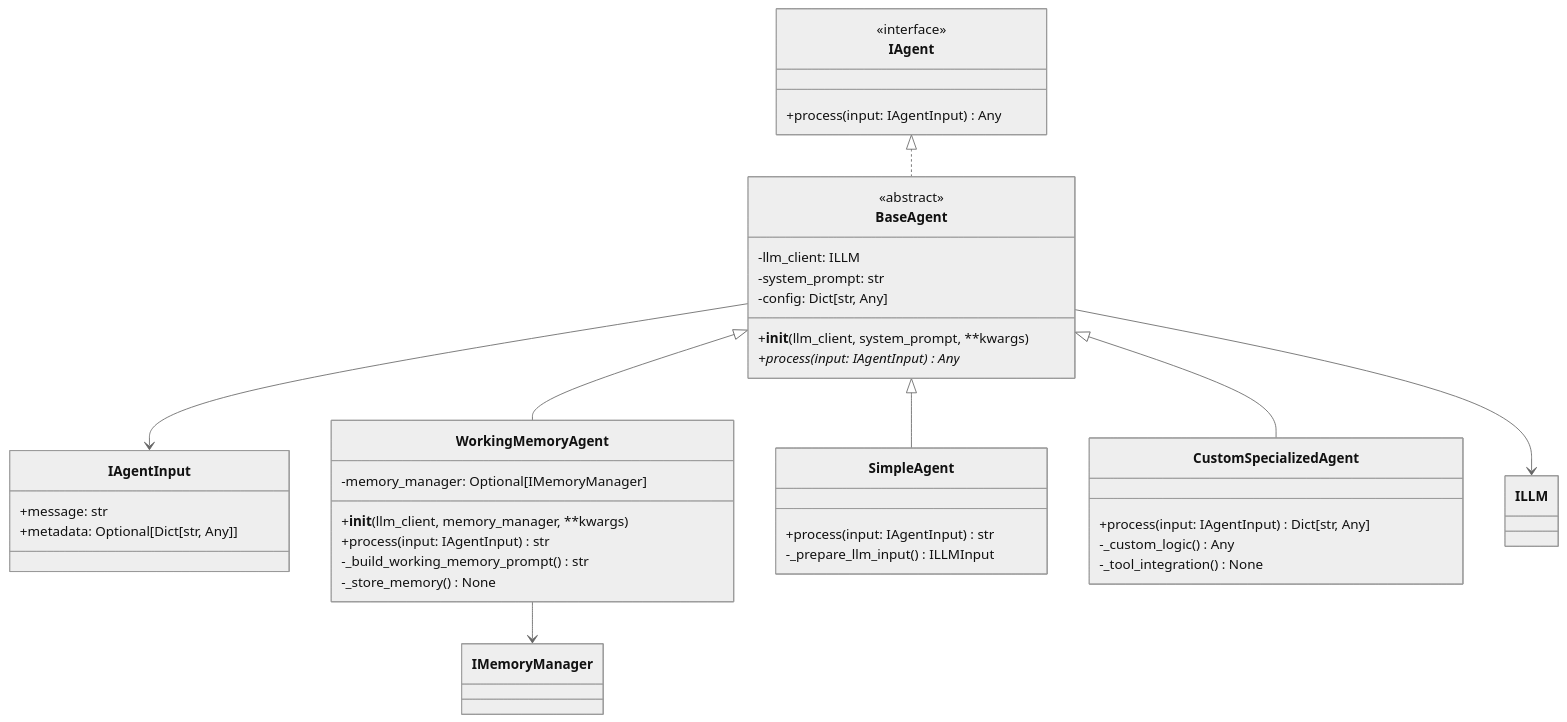
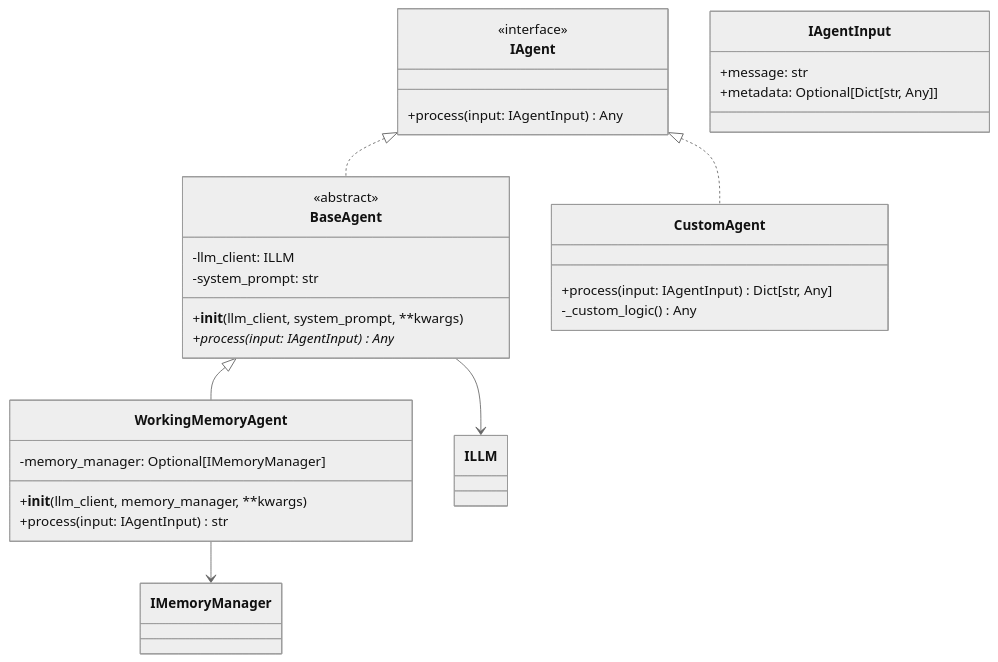
The second of 2 diagrams in docs/technical/architecture.md (nimunzn/arshai), drawn with Mermaid (neutral theme) before and after one commit. The commit also changed other lines of this file and 3 other files, not shown here.

````diff
--- a/docs/technical/architecture.md
+++ b/docs/technical/architecture.md
@@ -134,49 +143,38 @@
 ```mermaid
 classDiagram
     class IAgent {
         <<interface>>
         +process(input: IAgentInput) Any
     }
     
     class IAgentInput {
         +message: str
         +metadata: Optional[Dict[str, Any]]
     }
     
     class BaseAgent {
         <<abstract>>
         -llm_client: ILLM
         -system_prompt: str
-        -config: Dict[str, Any]
         +__init__(llm_client, system_prompt, **kwargs)
         +process(input: IAgentInput) Any*
     }
     
     class WorkingMemoryAgent {
         -memory_manager: Optional[IMemoryManager]
         +__init__(llm_client, memory_manager, **kwargs)
         +process(input: IAgentInput) str
-        -_build_working_memory_prompt() str
-        -_store_memory() None
     }
     
-    class SimpleAgent {
-        +process(input: IAgentInput) str
-        -_prepare_llm_input() ILLMInput
-    }
-    
-    class CustomSpecializedAgent {
+    class CustomAgent {
         +process(input: IAgentInput) Dict[str, Any]
         -_custom_logic() Any
-        -_tool_integration() None
     }
     
     IAgent <|.. BaseAgent
     BaseAgent <|-- WorkingMemoryAgent
-    BaseAgent <|-- SimpleAgent
-    BaseAgent <|-- CustomSpecializedAgent
+    IAgent <|.. CustomAgent
     
     BaseAgent --> ILLM
-    BaseAgent --> IAgentInput
     WorkingMemoryAgent --> IMemoryManager
 ```
````
